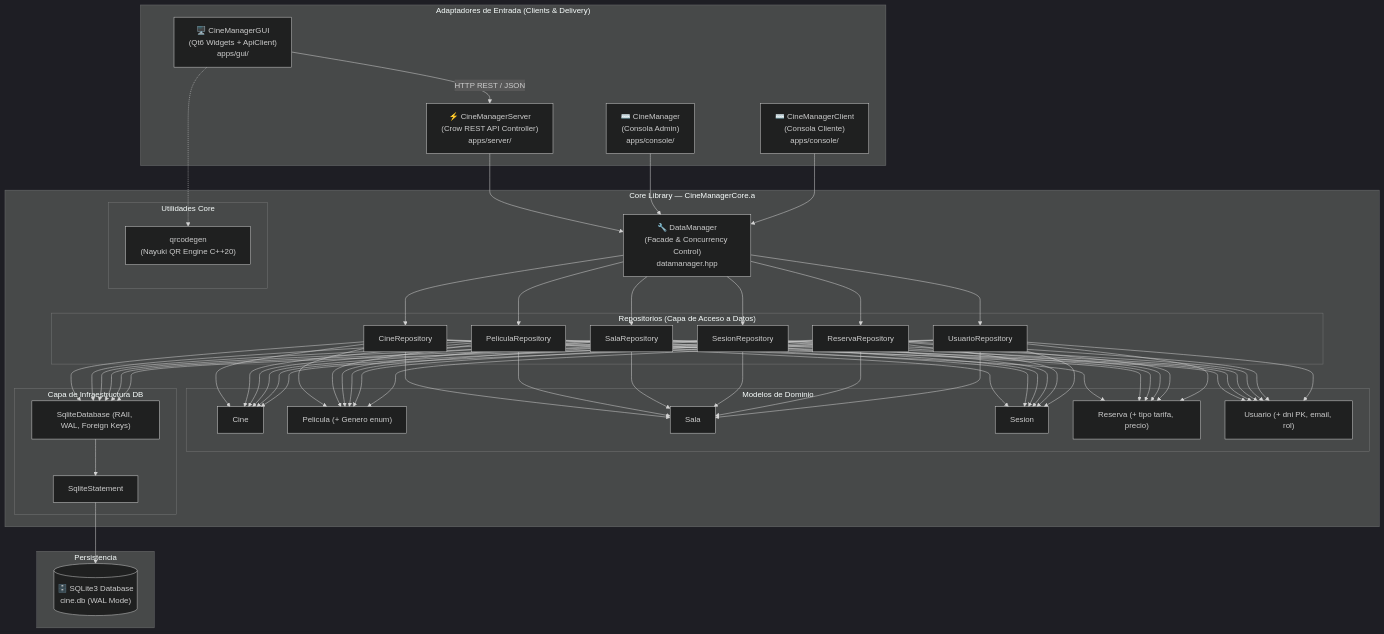
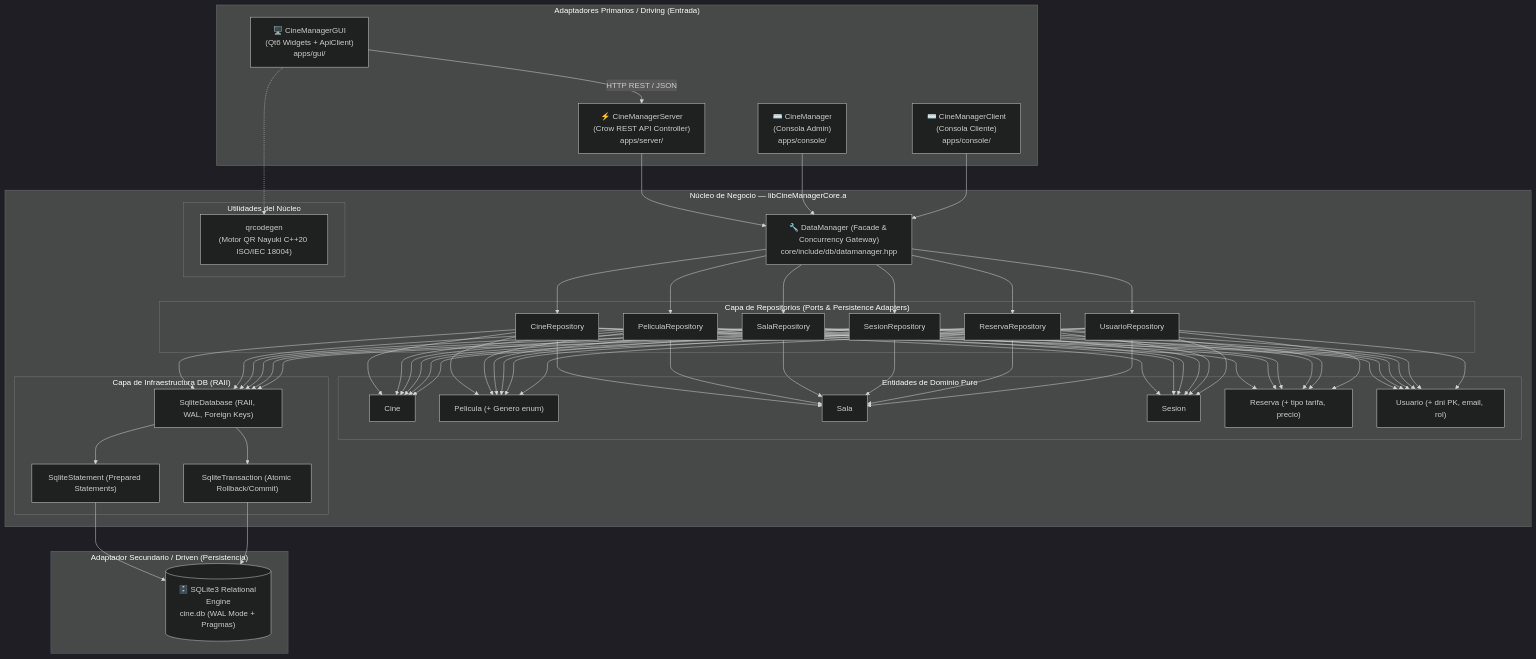
One commit to jorgebd21/CineManager changed the first of 3 diagrams in docs/dev_documentation.md. Above: the diagram before and after it, drawn with Mermaid (dark theme). The commit also changed other lines of this file and 3 other files, not shown here.

First line of the commit message:
docs: update documentation and assets for modernized architecture

````diff
--- a/docs/dev_documentation.md
+++ b/docs/dev_documentation.md
@@ -28,56 +35,57 @@
 ```mermaid
 graph TB
-    subgraph "Adaptadores de Entrada (Clients & Delivery)"
+    subgraph "Adaptadores Primarios / Driving (Entrada)"
         GUI["🖥️ CineManagerGUI<br/>(Qt6 Widgets + ApiClient)<br/>apps/gui/"]
         SERVER["⚡ CineManagerServer<br/>(Crow REST API Controller)<br/>apps/server/"]
         CLI_A["⌨️ CineManager<br/>(Consola Admin)<br/>apps/console/"]
         CLI_C["⌨️ CineManagerClient<br/>(Consola Cliente)<br/>apps/console/"]
     end
 
-    subgraph "Core Library — CineManagerCore.a"
-        DM["🔧 DataManager<br/>(Facade & Concurrency Control)<br/>datamanager.hpp"]
+    subgraph "Núcleo de Negocio — libCineManagerCore.a"
+        DM["🔧 DataManager (Facade & Concurrency Gateway)<br/>core/include/db/datamanager.hpp"]
 
-        subgraph "Repositorios (Capa de Acceso a Datos)"
+        subgraph "Capa de Repositorios (Ports & Persistence Adapters)"
             CR["CineRepository"]
             PR["PeliculaRepository"]
             SR["SalaRepository"]
             SER["SesionRepository"]
             RR["ReservaRepository"]
             UR["UsuarioRepository"]
         end
 
-        subgraph "Utilidades Core"
-            QR["qrcodegen<br/>(Nayuki QR Engine C++20)"]
+        subgraph "Utilidades del Núcleo"
+            QR["qrcodegen<br/>(Motor QR Nayuki C++20 ISO/IEC 18004)"]
         end
 
-        subgraph "Modelos de Dominio"
+        subgraph "Entidades de Dominio Puro"
             M1["Cine"]
             M2["Pelicula (+ Genero enum)"]
             M3["Sala"]
             M4["Sesion"]
             M5["Reserva (+ tipo tarifa, precio)"]
             M6["Usuario (+ dni PK, email, rol)"]
         end
 
-        subgraph "Capa de Infraestructura DB"
+        subgraph "Capa de Infraestructura DB (RAII)"
             DB["SqliteDatabase (RAII, WAL, Foreign Keys)"]
-            STMT["SqliteStatement"]
+            STMT["SqliteStatement (Prepared Statements)"]
+            TX["SqliteTransaction (Atomic Rollback/Commit)"]
         end
     end
 
-    subgraph "Persistencia"
-        SQLITE[("🗄️ SQLite3 Database<br/>cine.db (WAL Mode)")]
+    subgraph "Adaptador Secundario / Driven (Persistencia)"
+        SQLITE[("🗄️ SQLite3 Relational Engine<br/>cine.db (WAL Mode + Pragmas)")]
     end
 
     GUI -->|HTTP REST / JSON| SERVER
     SERVER --> DM
     CLI_A --> DM
     CLI_C --> DM
     GUI -.-> QR
 
     DM --> CR & PR & SR & SER & RR & UR
     CR & PR & SR & SER & RR & UR --> DB
     CR & PR & SR & SER & RR & UR --> M1 & M2 & M3 & M4 & M5 & M6
-    DB --> STMT
-    STMT --> SQLITE
+    DB --> STMT & TX
+    STMT & TX --> SQLITE
 ```
````
